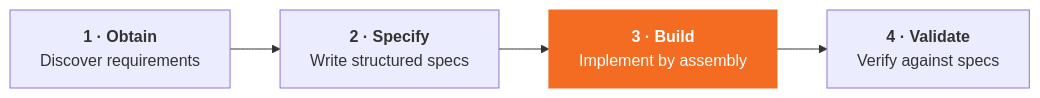
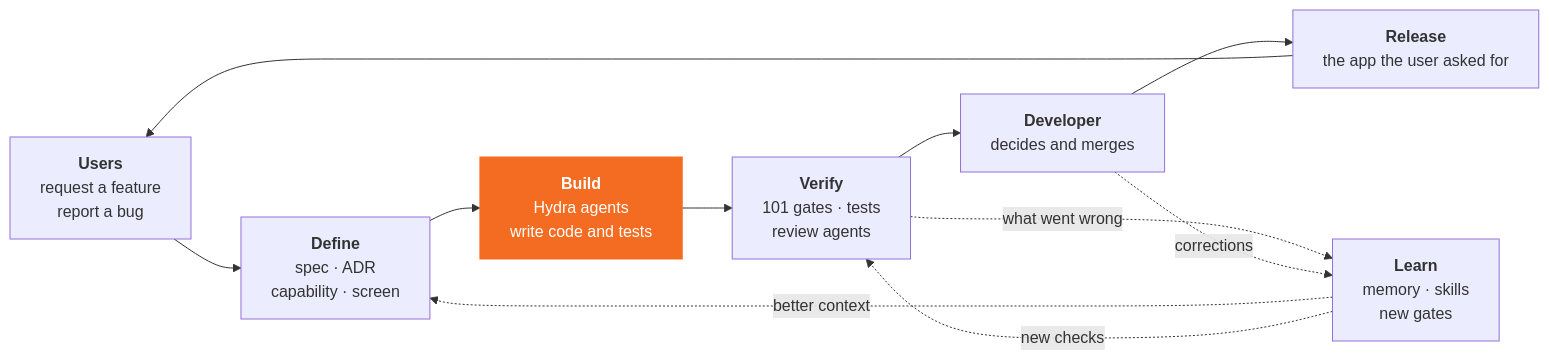
One commit to ConductionNL/.github changed the first of 3 diagrams in docs/WayOfWork/spec-driven-development.md. Above: the diagram before and after it, drawn with Mermaid. The commit also changed other lines of this file and 13 other files, not shown here.

````diff
--- a/docs/WayOfWork/spec-driven-development.md
+++ b/docs/WayOfWork/spec-driven-development.md
@@ -17,9 +17,16 @@
 ```mermaid
 flowchart LR
-  A["<b>1 · Obtain</b><br/>Discover requirements"]
-  B["<b>2 · Specify</b><br/>Write structured specs"]
-  C["<b>3 · Build</b><br/>Implement by assembly"]:::accent
-  D["<b>4 · Validate</b><br/>Verify against specs"]
-  A --> B --> C --> D
+  U["<b>Users</b><br/>request a feature<br/>report a bug"]
+  D["<b>Define</b><br/>spec · ADR<br/>capability · screen"]
+  B["<b>Build</b><br/>Hydra agents<br/>write code and tests"]:::accent
+  V["<b>Verify</b><br/>101 gates · tests<br/>review agents"]
+  H["<b>Developer</b><br/>decides and merges"]
+  R["<b>Release</b><br/>the app the user asked for"]
+  L["<b>Learn</b><br/>memory · skills<br/>new gates"]
+  U --> D --> B --> V --> H --> R --> U
+  V -. "what went wrong" .-> L
+  H -. "corrections" .-> L
+  L -. "better context" .-> D
+  L -. "new checks" .-> V
   classDef accent fill:#F36C21,stroke:#F36C21,color:#fff;
 ```
````
